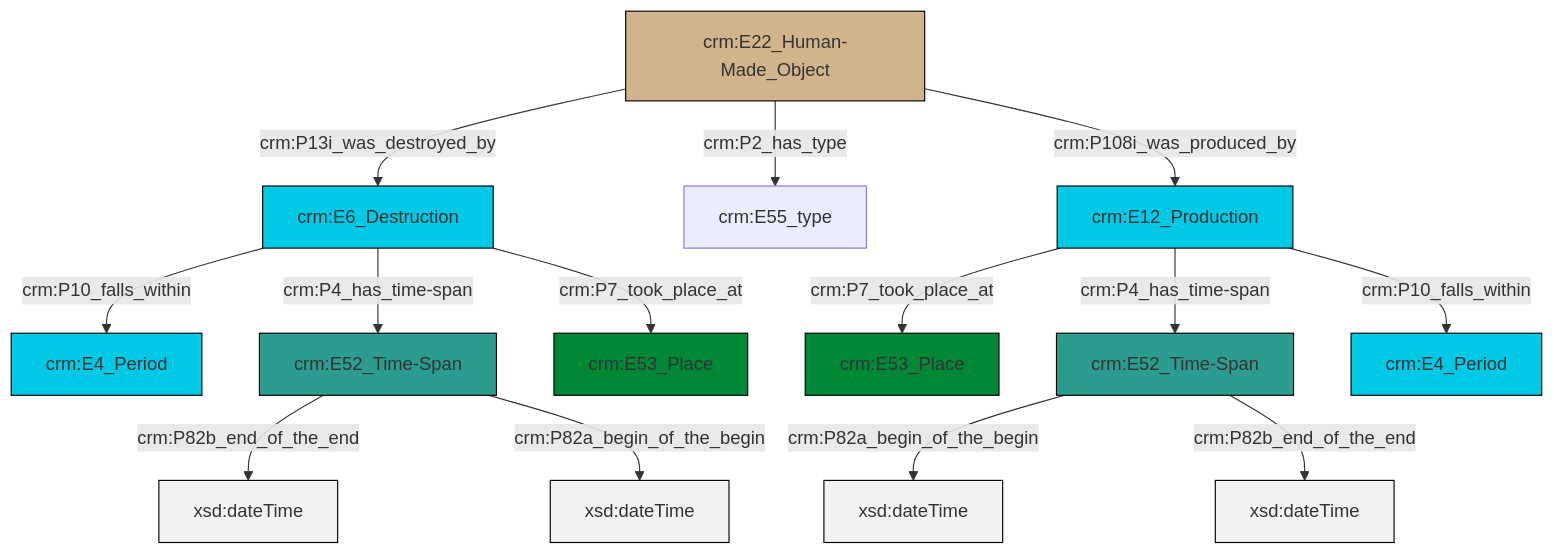
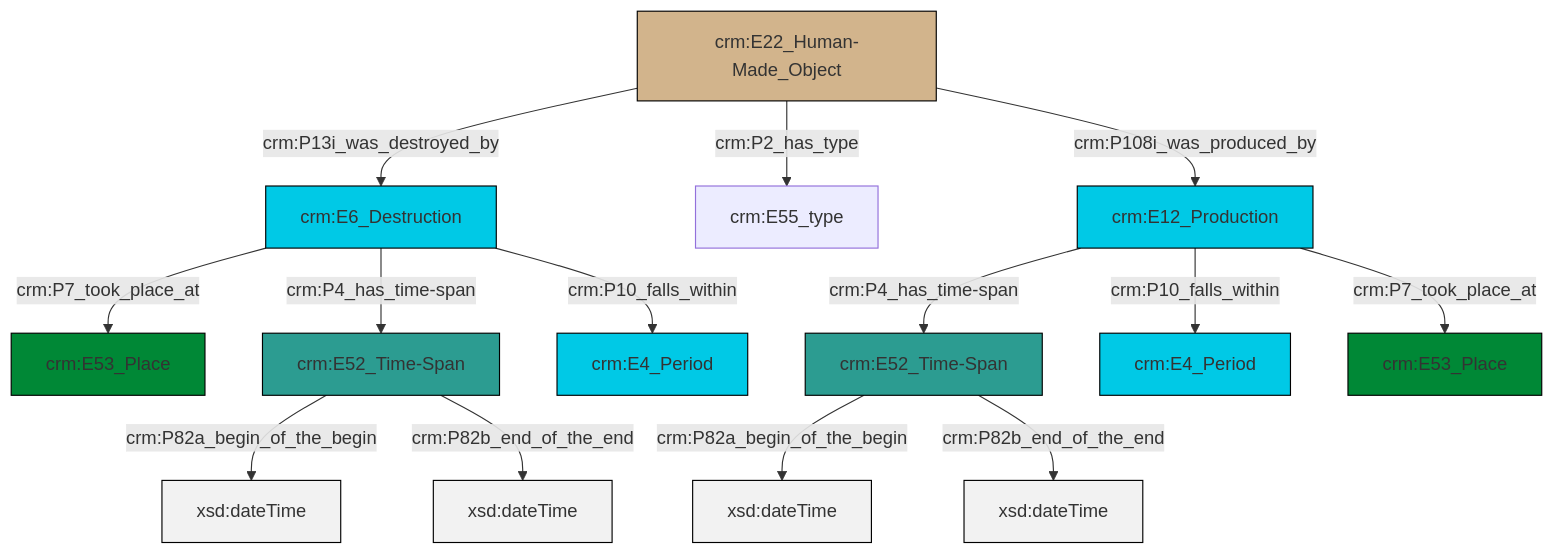
Before and after one commit to swiss-art-research-net/reference-data-models: the diagram in et/artworkCSV/ttl/mmd/Artwork_Existence.ttl.mmd, drawn with Mermaid. The commit also changed 125 other files, not shown here.

```diff
--- a/et/artworkCSV/ttl/mmd/Artwork_Existence.ttl.mmd
+++ b/et/artworkCSV/ttl/mmd/Artwork_Existence.ttl.mmd
@@ -1,28 +1,28 @@
 graph TD
 classDef Literal fill:#f2f2f2,stroke:#000000;
 classDef CRM_Entity fill:#FFFFFF,stroke:#000000;
 classDef Temporal_Entity fill:#00C9E6, stroke:#000000;
 classDef Type fill:#E18312, stroke:#000000;
 classDef Time-Span fill:#2C9C91, stroke:#000000;
 classDef Appellation fill:#FFEB7F, stroke:#000000;
 classDef Place fill:#008836, stroke:#000000;
 classDef Persistent_Item fill:#B266B2, stroke:#000000;
 classDef Conceptual_Object fill:#FFD700, stroke:#000000;
 classDef Physical_Thing fill:#D2B48C, stroke:#000000;
 classDef Actor fill:#f58aad, stroke:#000000;
 classDef PC_Classes fill:#4ce600, stroke:#000000;
 classDef Multi fill:#cccccc,stroke:#000000;
 
-0["crm:E52_Time-Span"]:::Time-Span -->|crm:P82b_end_of_the_end| 1[xsd:dateTime]:::Literal
-4["crm:E6_Destruction"]:::Temporal_Entity -->|crm:P10_falls_within| 5["crm:E4_Period"]:::Temporal_Entity
-8["crm:E22_Human-Made_Object"]:::Physical_Thing -->|crm:P13i_was_destroyed_by| 4["crm:E6_Destruction"]:::Temporal_Entity
-0["crm:E52_Time-Span"]:::Time-Span -->|crm:P82a_begin_of_the_begin| 9[xsd:dateTime]:::Literal
-13["crm:E52_Time-Span"]:::Time-Span -->|crm:P82a_begin_of_the_begin| 14[xsd:dateTime]:::Literal
-8["crm:E22_Human-Made_Object"]:::Physical_Thing -->|crm:P2_has_type| 15["crm:E55_type"]:::Default
-4["crm:E6_Destruction"]:::Temporal_Entity -->|crm:P4_has_time-span| 0["crm:E52_Time-Span"]:::Time-Span
-13["crm:E52_Time-Span"]:::Time-Span -->|crm:P82b_end_of_the_end| 17[xsd:dateTime]:::Literal
-4["crm:E6_Destruction"]:::Temporal_Entity -->|crm:P7_took_place_at| 6["crm:E53_Place"]:::Place
-10["crm:E12_Production"]:::Temporal_Entity -->|crm:P7_took_place_at| 2["crm:E53_Place"]:::Place
-8["crm:E22_Human-Made_Object"]:::Physical_Thing -->|crm:P108i_was_produced_by| 10["crm:E12_Production"]:::Temporal_Entity
-10["crm:E12_Production"]:::Temporal_Entity -->|crm:P4_has_time-span| 13["crm:E52_Time-Span"]:::Time-Span
-10["crm:E12_Production"]:::Temporal_Entity -->|crm:P10_falls_within| 22["crm:E4_Period"]:::Temporal_Entity
+4["crm:E52_Time-Span"]:::Time-Span -->|crm:P82a_begin_of_the_begin| 5[xsd:dateTime]:::Literal
+8["crm:E22_Human-Made_Object"]:::Physical_Thing -->|crm:P13i_was_destroyed_by| 6["crm:E6_Destruction"]:::Temporal_Entity
+6["crm:E6_Destruction"]:::Temporal_Entity -->|crm:P7_took_place_at| 9["crm:E53_Place"]:::Place
+8["crm:E22_Human-Made_Object"]:::Physical_Thing -->|crm:P2_has_type| 2["crm:E55_type"]:::Default
+13["crm:E12_Production"]:::Temporal_Entity -->|crm:P4_has_time-span| 4["crm:E52_Time-Span"]:::Time-Span
+13["crm:E12_Production"]:::Temporal_Entity -->|crm:P10_falls_within| 16["crm:E4_Period"]:::Temporal_Entity
+13["crm:E12_Production"]:::Temporal_Entity -->|crm:P7_took_place_at| 17["crm:E53_Place"]:::Place
+8["crm:E22_Human-Made_Object"]:::Physical_Thing -->|crm:P108i_was_produced_by| 13["crm:E12_Production"]:::Temporal_Entity
+6["crm:E6_Destruction"]:::Temporal_Entity -->|crm:P4_has_time-span| 0["crm:E52_Time-Span"]:::Time-Span
+4["crm:E52_Time-Span"]:::Time-Span -->|crm:P82b_end_of_the_end| 19[xsd:dateTime]:::Literal
+6["crm:E6_Destruction"]:::Temporal_Entity -->|crm:P10_falls_within| 11["crm:E4_Period"]:::Temporal_Entity
+0["crm:E52_Time-Span"]:::Time-Span -->|crm:P82a_begin_of_the_begin| 22[xsd:dateTime]:::Literal
+0["crm:E52_Time-Span"]:::Time-Span -->|crm:P82b_end_of_the_end| 23[xsd:dateTime]:::Literal
```
